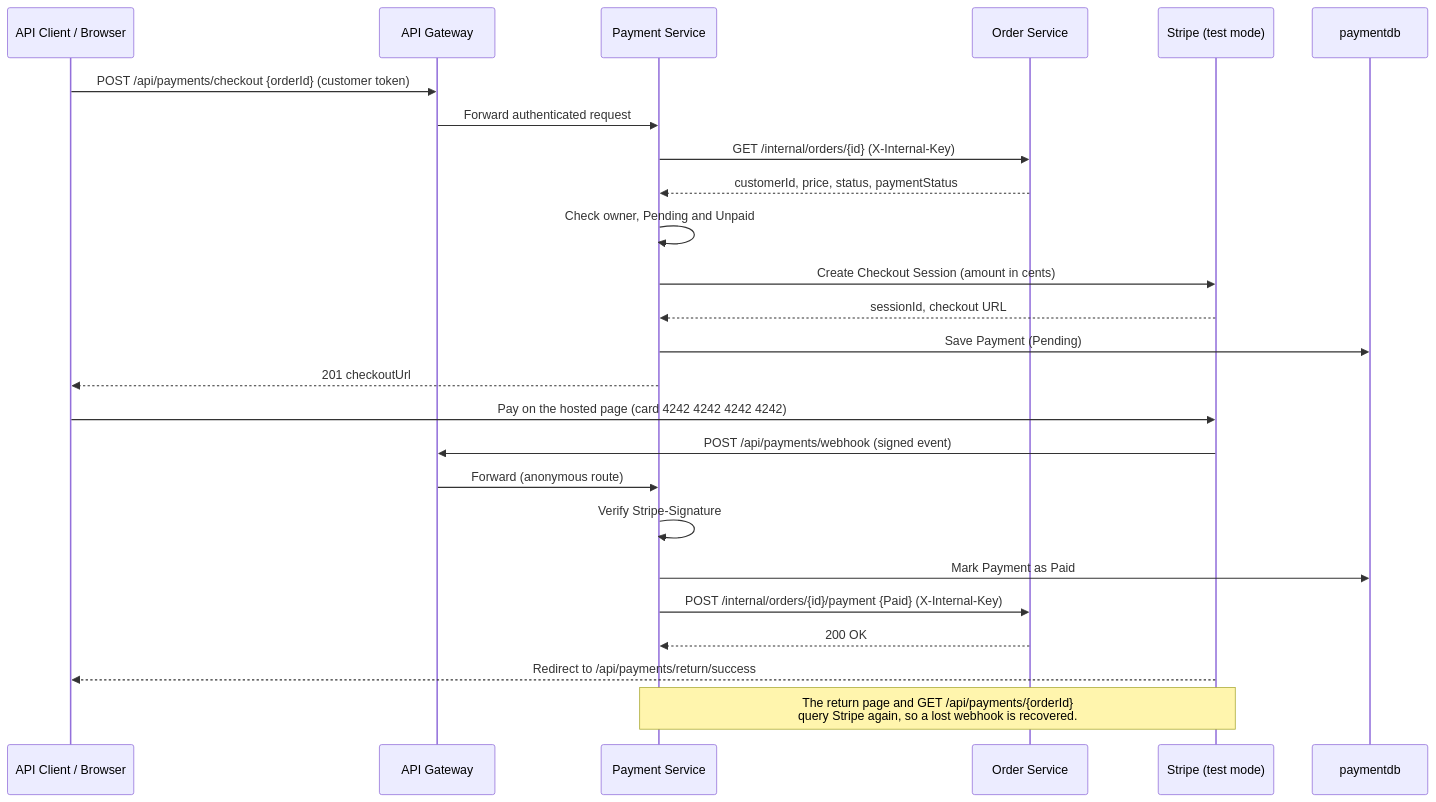
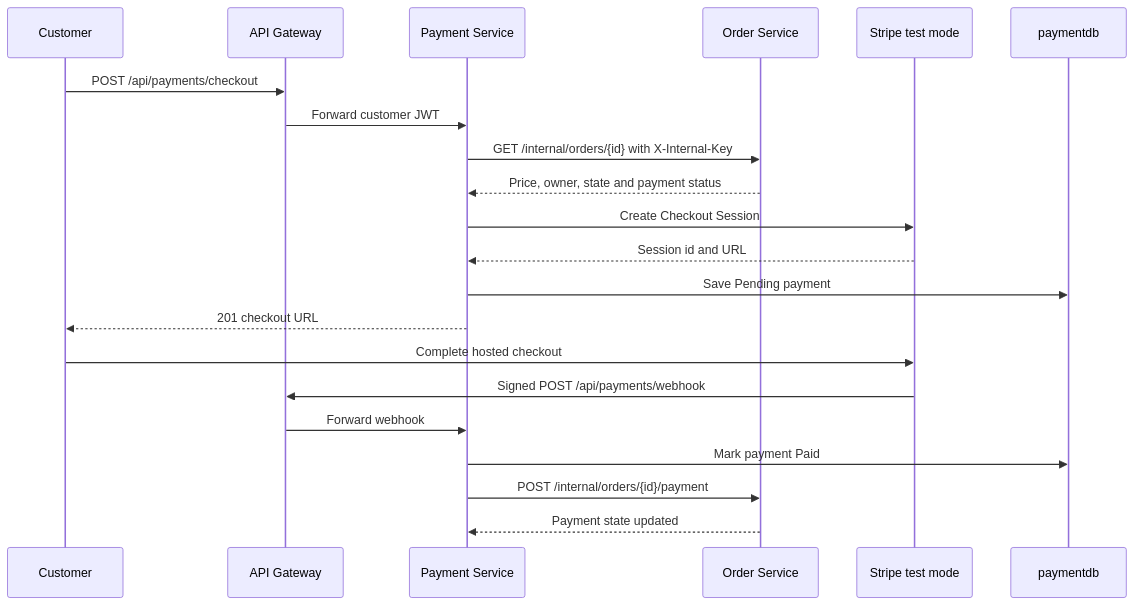
One commit to RenatoB04/Lesto changed the fourth of 5 diagrams in docs/sequences.md. Above: the diagram before and after it, drawn with Mermaid. The commit also changed other lines of this file and 10 other files, not shown here.

````diff
--- a/docs/sequences.md
+++ b/docs/sequences.md
@@ -88,28 +67,23 @@
 ```mermaid
 sequenceDiagram
-    participant Client as API Client / Browser
+    participant Client as Customer
     participant Gateway as API Gateway
     participant Payment as Payment Service
     participant Order as Order Service
-    participant Stripe as Stripe (test mode)
+    participant Stripe as Stripe test mode
     participant Db as paymentdb
-
-    Client->>Gateway: POST /api/payments/checkout {orderId} (customer token)
-    Gateway->>Payment: Forward authenticated request
-    Payment->>Order: GET /internal/orders/{id} (X-Internal-Key)
-    Order-->>Payment: customerId, price, status, paymentStatus
-    Payment->>Payment: Check owner, Pending and Unpaid
-    Payment->>Stripe: Create Checkout Session (amount in cents)
-    Stripe-->>Payment: sessionId, checkout URL
-    Payment->>Db: Save Payment (Pending)
-    Payment-->>Client: 201 checkoutUrl
-    Client->>Stripe: Pay on the hosted page (card 4242 4242 4242 4242)
-    Stripe->>Gateway: POST /api/payments/webhook (signed event)
-    Gateway->>Payment: Forward (anonymous route)
-    Payment->>Payment: Verify Stripe-Signature
-    Payment->>Db: Mark Payment as Paid
-    Payment->>Order: POST /internal/orders/{id}/payment {Paid} (X-Internal-Key)
-    Order-->>Payment: 200 OK
-    Stripe-->>Client: Redirect to /api/payments/return/success
-    Note over Payment,Stripe: The return page and GET /api/payments/{orderId}<br/>query Stripe again, so a lost webhook is recovered.
+    Client->>Gateway: POST /api/payments/checkout
+    Gateway->>Payment: Forward customer JWT
+    Payment->>Order: GET /internal/orders/{id} with X-Internal-Key
+    Order-->>Payment: Price, owner, state and payment status
+    Payment->>Stripe: Create Checkout Session
+    Stripe-->>Payment: Session id and URL
+    Payment->>Db: Save Pending payment
+    Payment-->>Client: 201 checkout URL
+    Client->>Stripe: Complete hosted checkout
+    Stripe->>Gateway: Signed POST /api/payments/webhook
+    Gateway->>Payment: Forward webhook
+    Payment->>Db: Mark payment Paid
+    Payment->>Order: POST /internal/orders/{id}/payment
+    Order-->>Payment: Payment state updated
 ```
````
